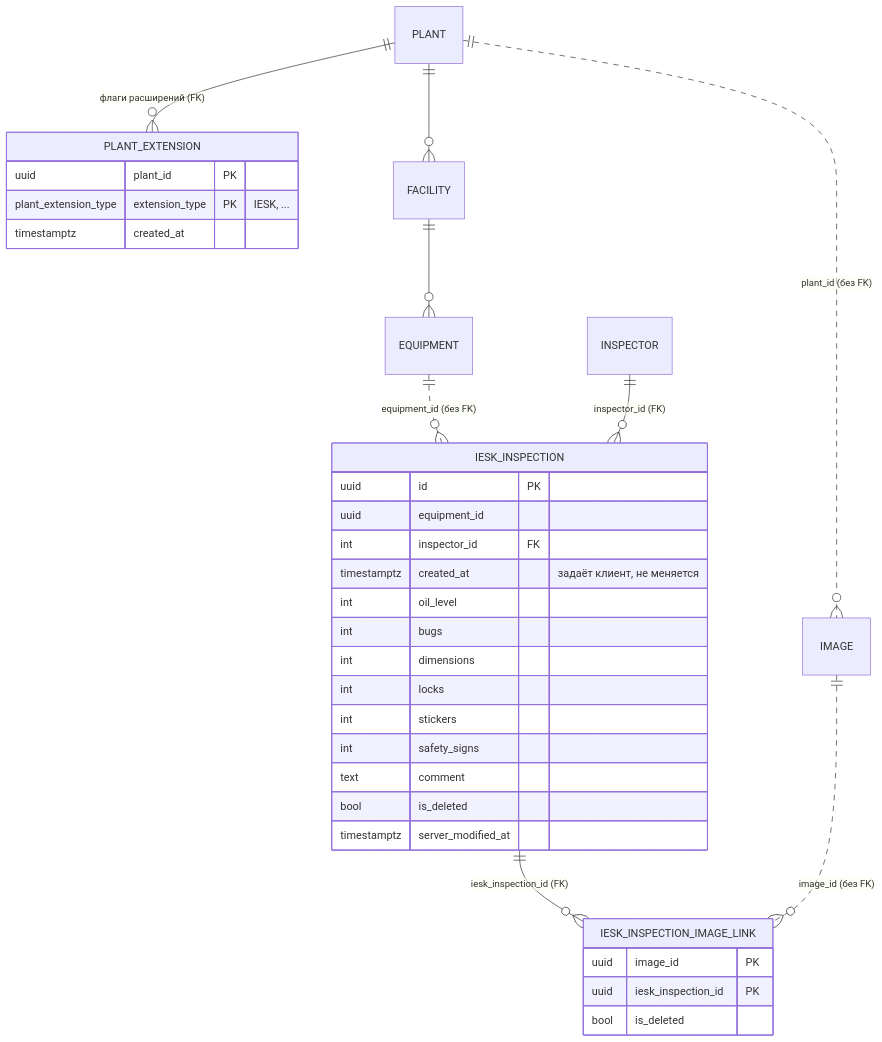
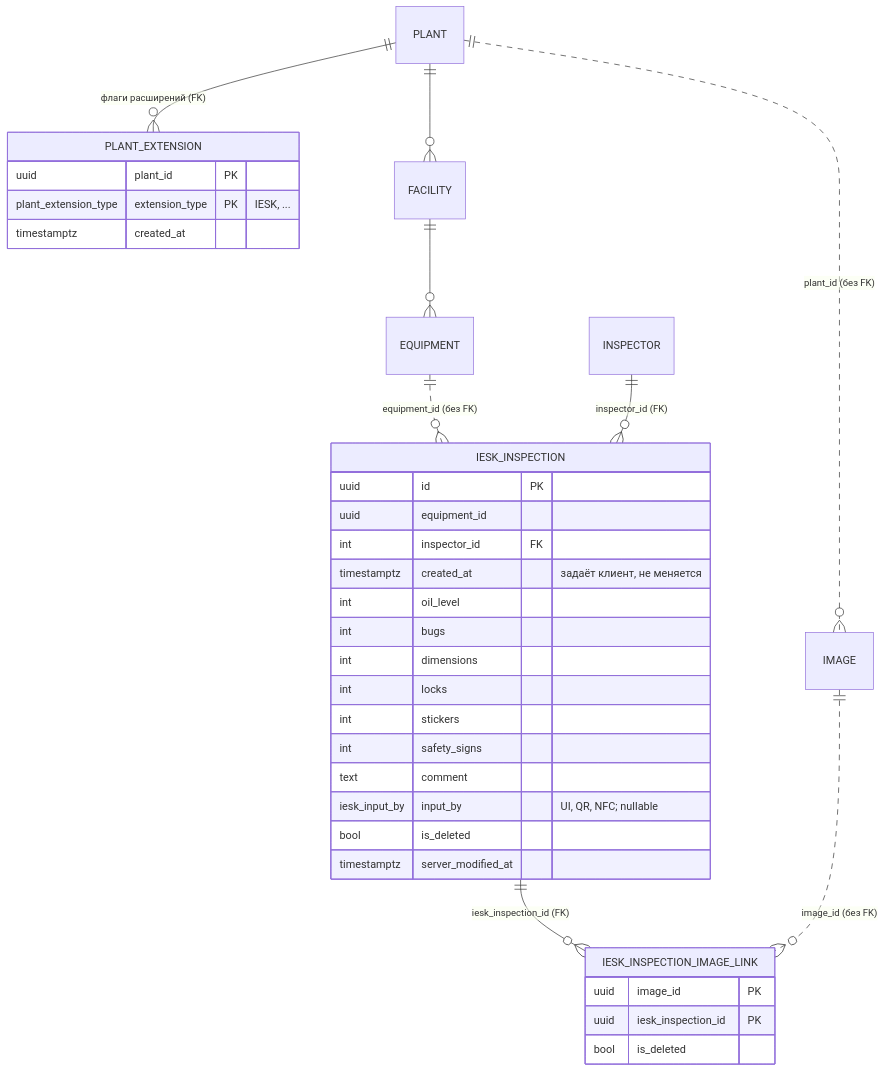
The first of 5 diagrams in docs/iesk/sync-flow.md (Thermoelectrica/l-backend), drawn with Mermaid before and after one commit. The commit also changed other lines of this file and 7 other files, not shown here.

Commit message:
72-iesk-added-iesk-input-by-field

````diff
--- a/docs/iesk/sync-flow.md
+++ b/docs/iesk/sync-flow.md
@@ -7,37 +7,38 @@
 ```mermaid
 erDiagram
     PLANT ||--o{ PLANT_EXTENSION : "флаги расширений (FK)"
     PLANT ||--o{ FACILITY : ""
     FACILITY ||--o{ EQUIPMENT : ""
     EQUIPMENT ||..o{ IESK_INSPECTION : "equipment_id (без FK)"
     INSPECTOR ||--o{ IESK_INSPECTION : "inspector_id (FK)"
     IESK_INSPECTION ||--o{ IESK_INSPECTION_IMAGE_LINK : "iesk_inspection_id (FK)"
     IMAGE ||..o{ IESK_INSPECTION_IMAGE_LINK : "image_id (без FK)"
     PLANT ||..o{ IMAGE : "plant_id (без FK)"
 
     PLANT_EXTENSION {
         uuid plant_id PK
         plant_extension_type extension_type PK "IESK, ..."
         timestamptz created_at
     }
     IESK_INSPECTION {
         uuid id PK
         uuid equipment_id
         int inspector_id FK
         timestamptz created_at "задаёт клиент, не меняется"
         int oil_level
         int bugs
         int dimensions
         int locks
         int stickers
         int safety_signs
         text comment
+        iesk_input_by input_by "UI, QR, NFC; nullable"
         bool is_deleted
         timestamptz server_modified_at
     }
     IESK_INSPECTION_IMAGE_LINK {
         uuid image_id PK
         uuid iesk_inspection_id PK
         bool is_deleted
     }
 ```
````
